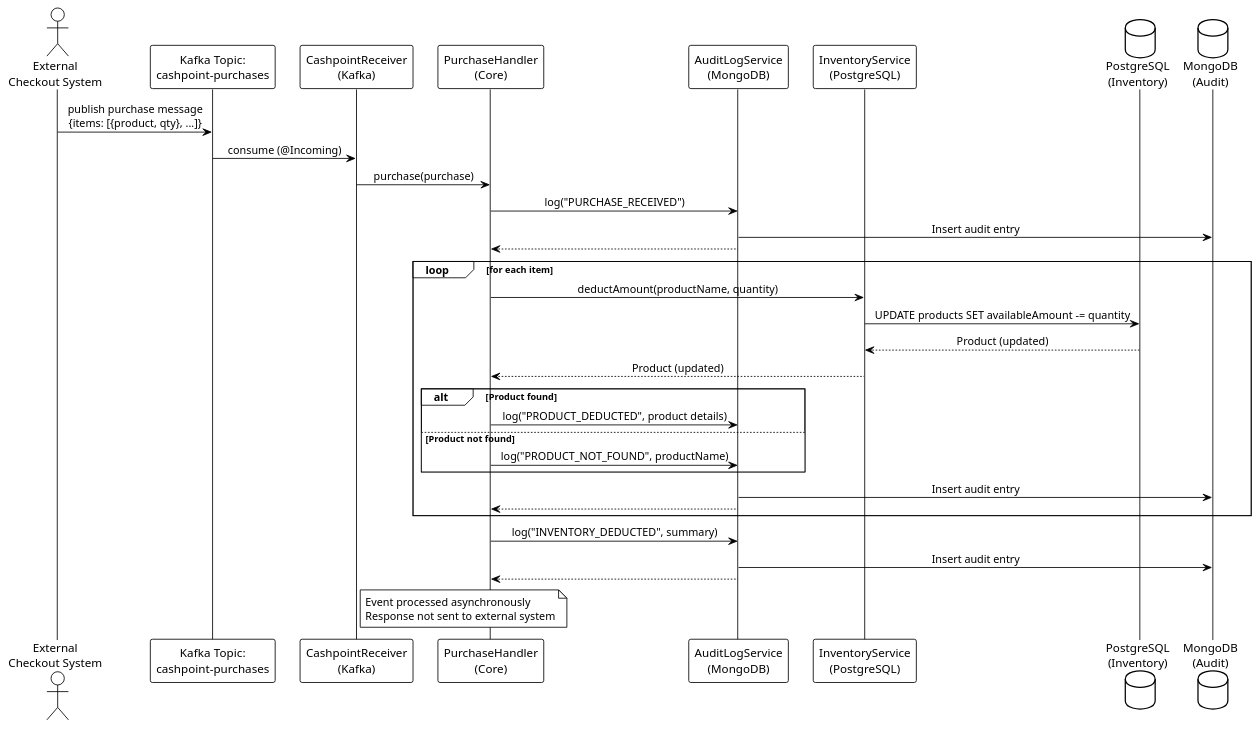
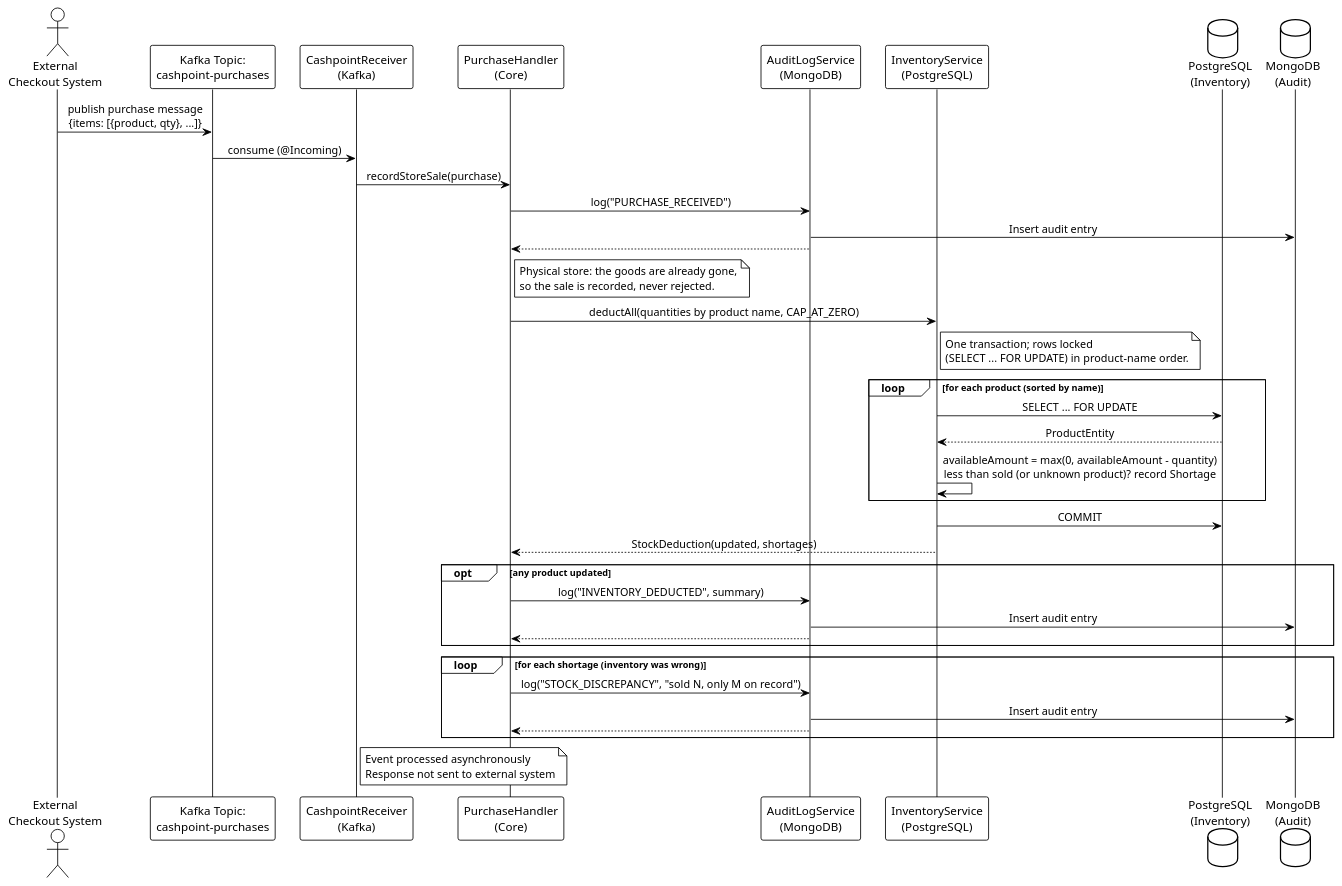
The diagram in docs/architecture/flows/cashpoint-purchase-event.puml (svene/2026-07-26_quarkus-hexagon-demo-mm-per-tech), drawn with PlantUML before and after one commit. The commit also changed 35 other files, not shown here.

```diff
--- a/docs/architecture/flows/cashpoint-purchase-event.puml
+++ b/docs/architecture/flows/cashpoint-purchase-event.puml
@@ -1,46 +1,56 @@
 @startuml cashpoint_purchase_event
 !theme plain
 skinparam sequenceMessageAlign center
 skinparam backgroundColor #ffffff
 
 actor "External\nCheckout System" as external
 participant "Kafka Topic:\ncashpoint-purchases" as kafka
 participant "CashpointReceiver\n(Kafka)" as receiver
 participant "PurchaseHandler\n(Core)" as handler
 participant "AuditLogService\n(MongoDB)" as audit
 participant "InventoryService\n(PostgreSQL)" as inventory
 database "PostgreSQL\n(Inventory)" as db_inv
 database "MongoDB\n(Audit)" as db_audit
 
 external -> kafka: publish purchase message\n{items: [{product, qty}, ...]}
 
 kafka -> receiver: consume (@Incoming)
-receiver -> handler: purchase(purchase)
+receiver -> handler: recordStoreSale(purchase)
 handler -> audit: log("PURCHASE_RECEIVED")
 audit -> db_audit: Insert audit entry
 audit --> handler
 
-loop for each item
-  handler -> inventory: deductAmount(productName, quantity)
-  inventory -> db_inv: UPDATE products SET availableAmount -= quantity
-  db_inv --> inventory: Product (updated)
-  inventory --> handler: Product (updated)
-  alt Product found
-    handler -> audit: log("PRODUCT_DEDUCTED", product details)
-  else Product not found
-    handler -> audit: log("PRODUCT_NOT_FOUND", productName)
-  end
+note right of handler
+  Physical store: the goods are already gone,
+  so the sale is recorded, never rejected.
+end note
+handler -> inventory: deductAll(quantities by product name, CAP_AT_ZERO)
+note right of inventory
+  One transaction; rows locked
+  (SELECT ... FOR UPDATE) in product-name order.
+end note
+loop for each product (sorted by name)
+  inventory -> db_inv: SELECT ... FOR UPDATE
+  db_inv --> inventory: ProductEntity
+  inventory -> inventory: availableAmount = max(0, availableAmount - quantity)\nless than sold (or unknown product)? record Shortage
+end
+inventory -> db_inv: COMMIT
+inventory --> handler: StockDeduction(updated, shortages)
+
+opt any product updated
+  handler -> audit: log("INVENTORY_DEDUCTED", summary)
   audit -> db_audit: Insert audit entry
   audit --> handler
 end
-
-handler -> audit: log("INVENTORY_DEDUCTED", summary)
-audit -> db_audit: Insert audit entry
-audit --> handler
+loop for each shortage (inventory was wrong)
+  handler -> audit: log("STOCK_DISCREPANCY", "sold N, only M on record")
+  audit -> db_audit: Insert audit entry
+  audit --> handler
+end
 
 note right of receiver
   Event processed asynchronously
   Response not sent to external system
 end note
 
 @enduml
```
